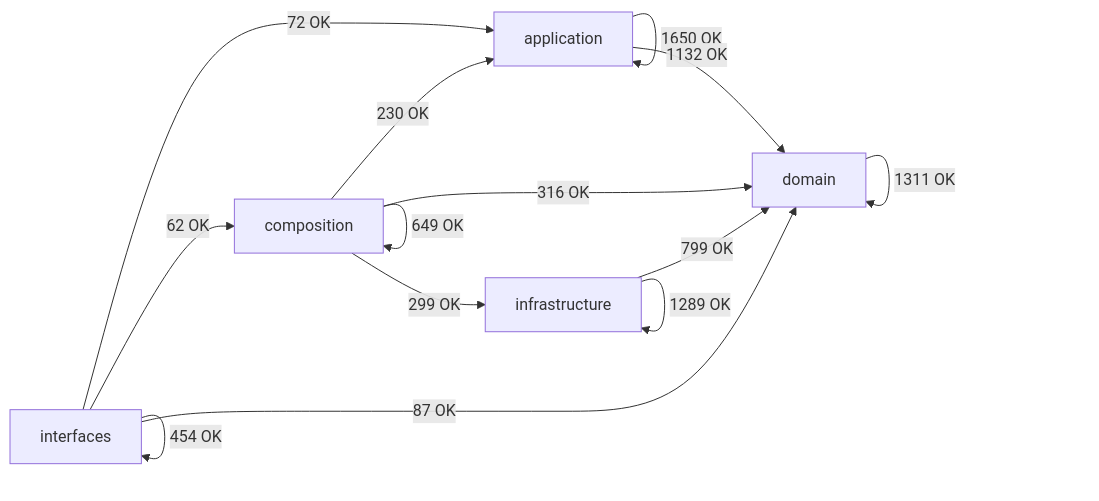
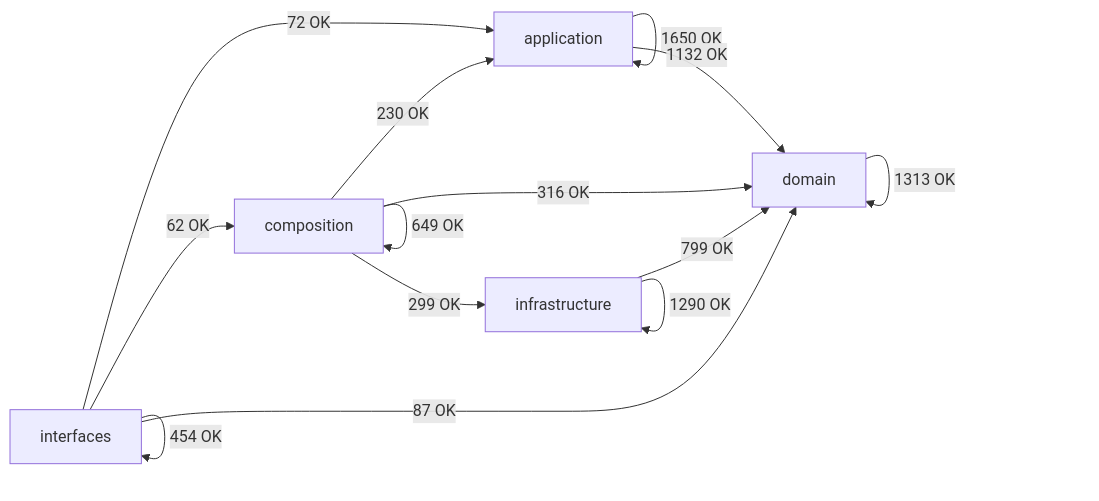
One commit to SatoryKono/BioactivityDataAcquisition changed the diagram in docs/02-architecture/generated/module-dependency-map.md. Above: the diagram before and after it, drawn with Mermaid. The commit also changed other lines of this file and 8 other files, not shown here.

Commit message:
fix(ci): resolve observability architecture gates

````diff
--- a/docs/02-architecture/generated/module-dependency-map.md
+++ b/docs/02-architecture/generated/module-dependency-map.md
@@ -17,21 +17,21 @@
 ```mermaid
 flowchart LR
     domain[domain]
     application[application]
     infrastructure[infrastructure]
     composition[composition]
     interfaces[interfaces]
     application -->|1650 OK| application
     application -->|1132 OK| domain
     composition -->|230 OK| application
     composition -->|649 OK| composition
     composition -->|316 OK| domain
     composition -->|299 OK| infrastructure
-    domain -->|1311 OK| domain
+    domain -->|1313 OK| domain
     infrastructure -->|799 OK| domain
-    infrastructure -->|1289 OK| infrastructure
+    infrastructure -->|1290 OK| infrastructure
     interfaces -->|72 OK| application
     interfaces -->|62 OK| composition
     interfaces -->|87 OK| domain
     interfaces -->|454 OK| interfaces
 ```
````
